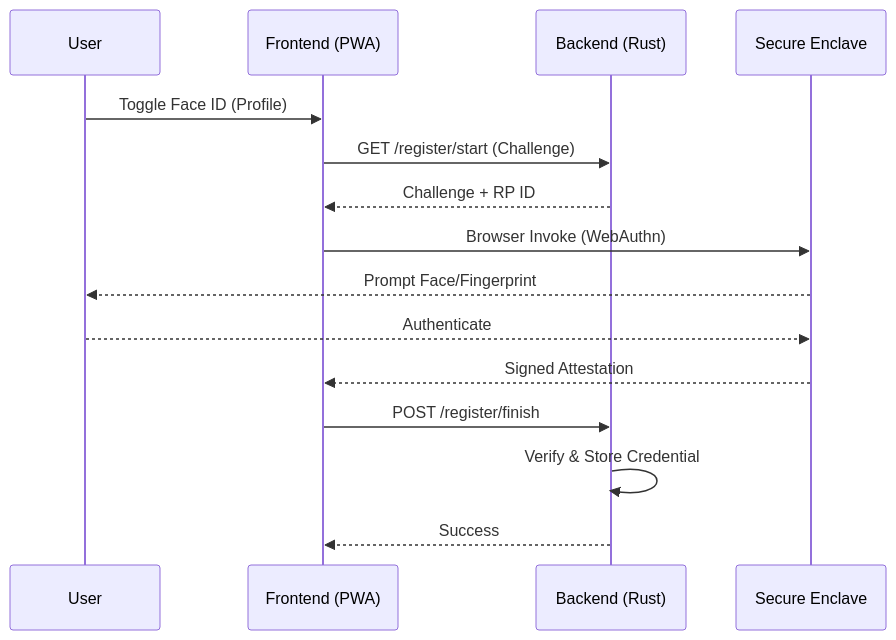
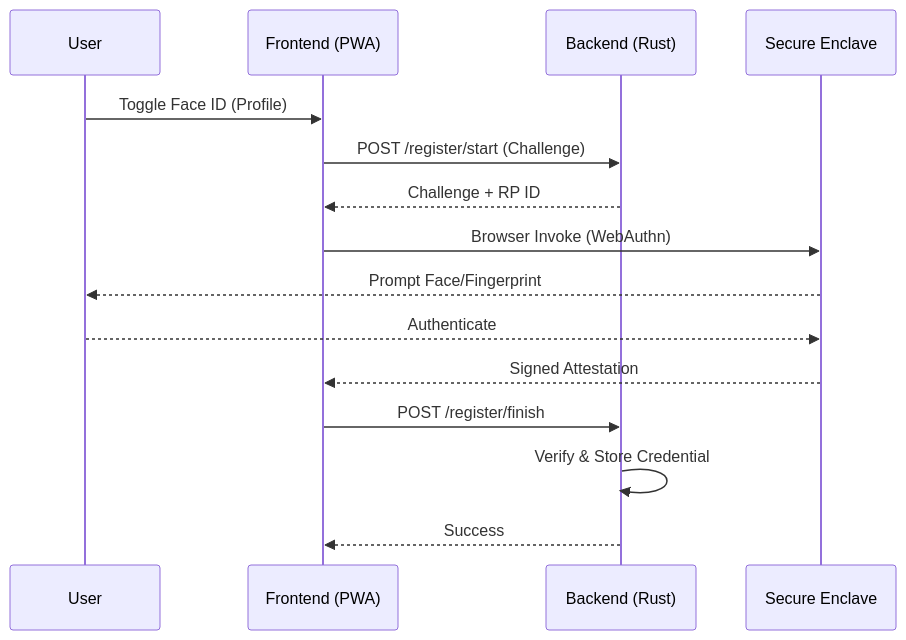
One commit to gammahazard/Vanguard-kennel-frontend changed the third of 4 diagrams in README.md. Above: the diagram before and after it, drawn with Mermaid. The commit also changed other lines of this file and 1 other file, not shown here.

Commit message:
debug biometrics

````diff
--- a/README.md
+++ b/README.md
@@ -73,18 +73,18 @@
 ```mermaid
 sequenceDiagram
     participant U as User
     participant F as Frontend (PWA)
     participant B as Backend (Rust)
     participant HW as Secure Enclave
 
     U->>F: Toggle Face ID (Profile)
-    F->>B: GET /register/start (Challenge)
+    F->>B: POST /register/start (Challenge)
     B-->>F: Challenge + RP ID
     F->>HW: Browser Invoke (WebAuthn)
     HW-->>U: Prompt Face/Fingerprint
     U-->>HW: Authenticate
     HW-->>F: Signed Attestation
     F->>B: POST /register/finish
     B->>B: Verify & Store Credential
     B-->>F: Success
 ```
````
